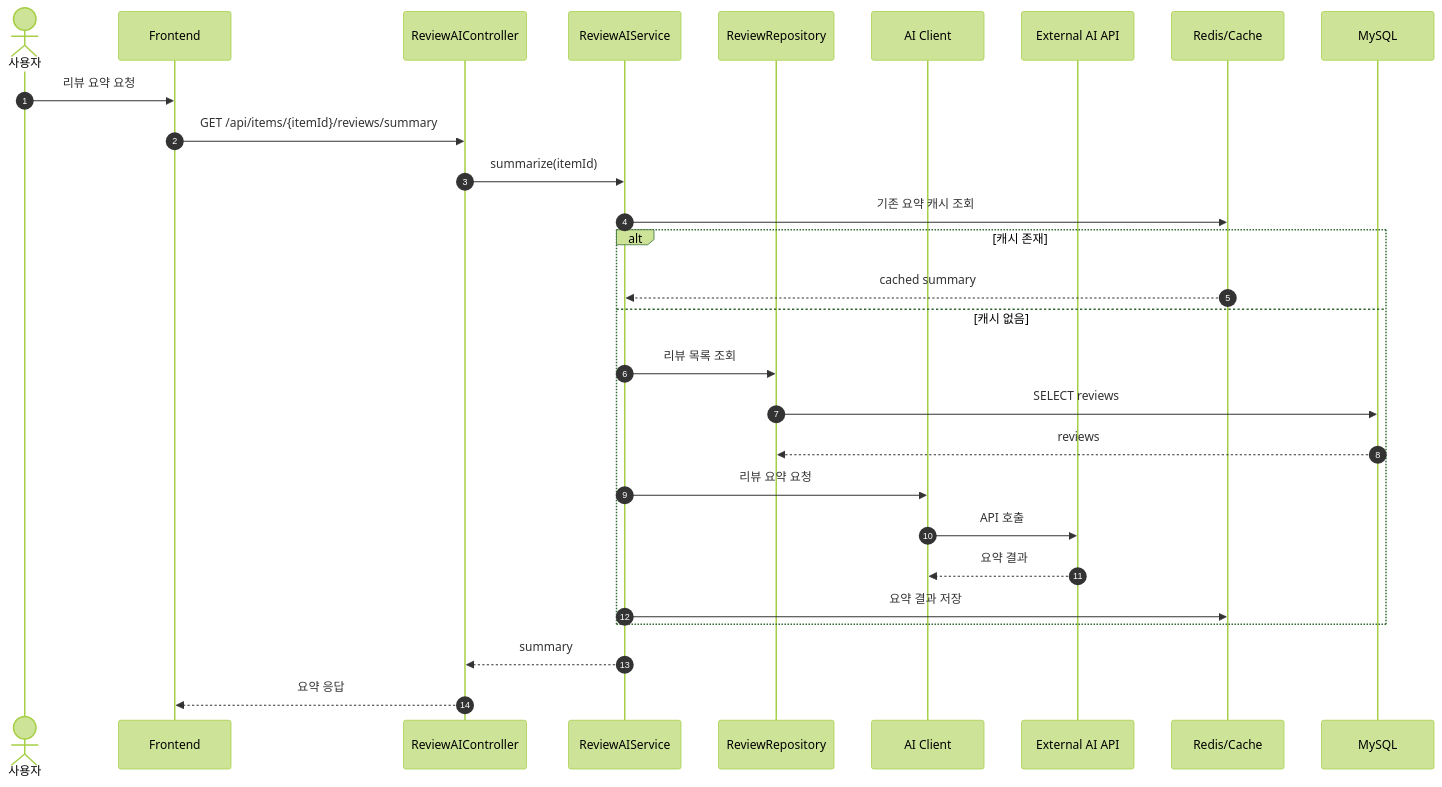
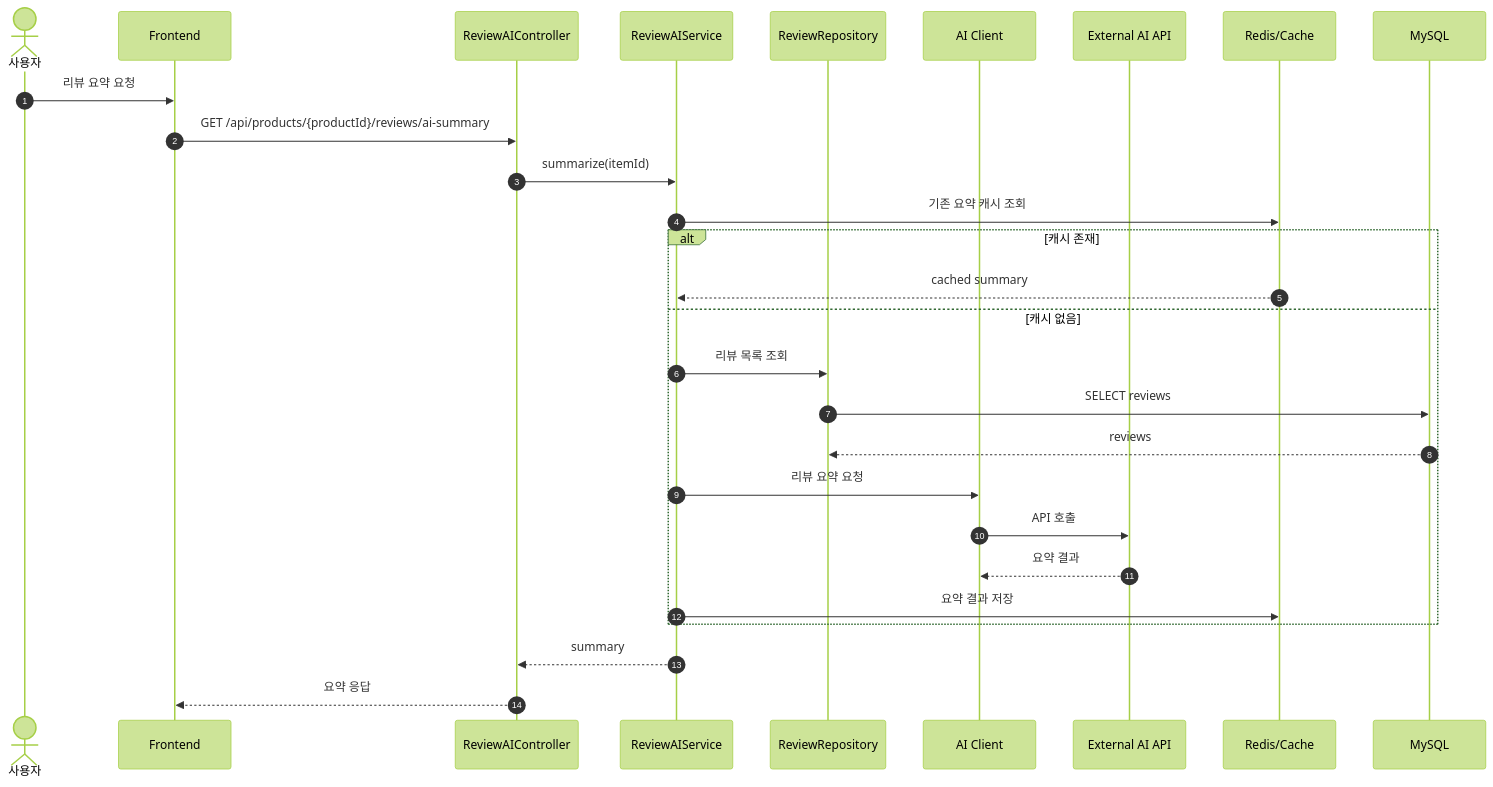
Diagram 21 of 27 in documents/sequence/domain-sequence-diagrams.md (one-stop-project/one-stop-project-docs), drawn with Mermaid (forest theme) before and after one commit. The commit also changed other lines of this file and 6 other files, not shown here.

Commit message:
공통 문서(엔티티 관계도·에러코드·플로우·시퀀스) 코드 정합화 및 에러코드 레퍼런스 신설

````diff
--- a/documents/sequence/domain-sequence-diagrams.md
+++ b/documents/sequence/domain-sequence-diagrams.md
@@ -894,35 +894,35 @@
 ```mermaid
 sequenceDiagram
     autonumber
     actor User as 사용자
     participant FE as Frontend
     participant ReviewAIController as ReviewAIController
     participant ReviewAIService as ReviewAIService
     participant ReviewRepo as ReviewRepository
     participant AIClient as AI Client
     participant ExternalAI as External AI API
     participant Cache as Redis/Cache
     participant DB as MySQL
 
     User->>FE: 리뷰 요약 요청
-    FE->>ReviewAIController: GET /api/items/{itemId}/reviews/summary
+    FE->>ReviewAIController: GET /api/products/{productId}/reviews/ai-summary
     ReviewAIController->>ReviewAIService: summarize(itemId)
 
     ReviewAIService->>Cache: 기존 요약 캐시 조회
     alt 캐시 존재
         Cache-->>ReviewAIService: cached summary
     else 캐시 없음
         ReviewAIService->>ReviewRepo: 리뷰 목록 조회
         ReviewRepo->>DB: SELECT reviews
         DB-->>ReviewRepo: reviews
 
         ReviewAIService->>AIClient: 리뷰 요약 요청
         AIClient->>ExternalAI: API 호출
         ExternalAI-->>AIClient: 요약 결과
 
         ReviewAIService->>Cache: 요약 결과 저장
     end
 
     ReviewAIService-->>ReviewAIController: summary
     ReviewAIController-->>FE: 요약 응답
 ```
````
